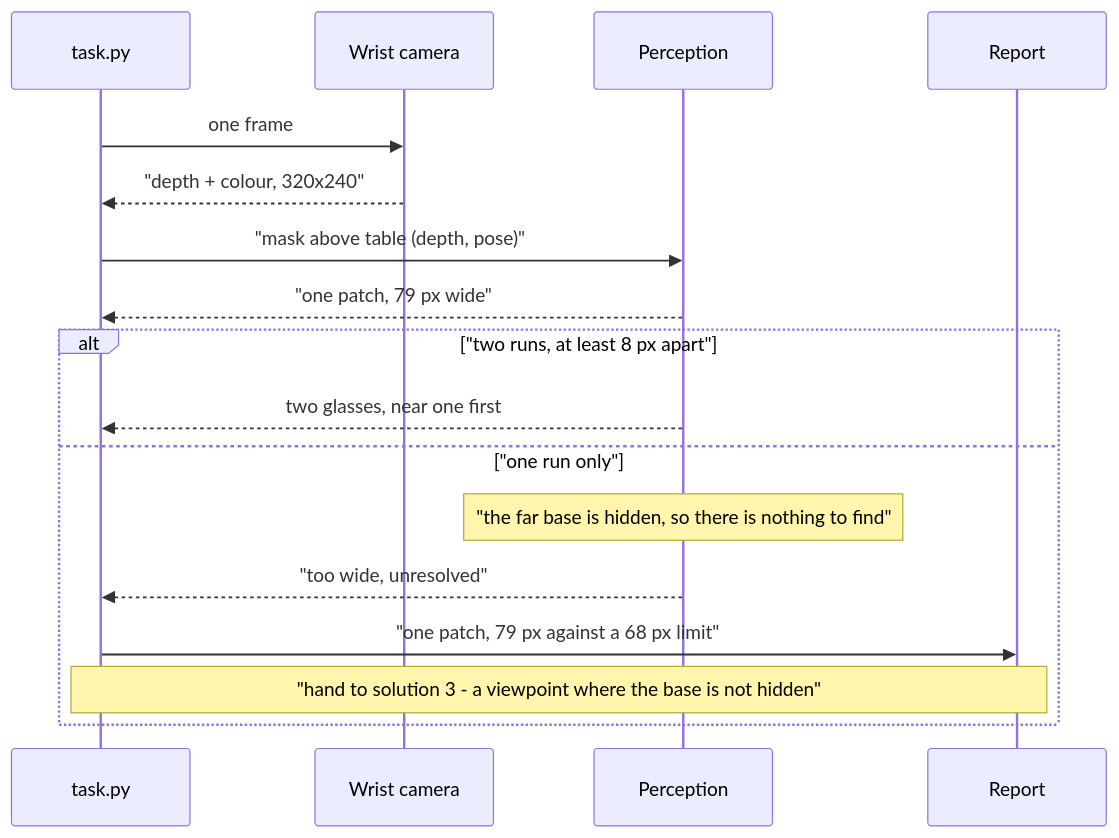
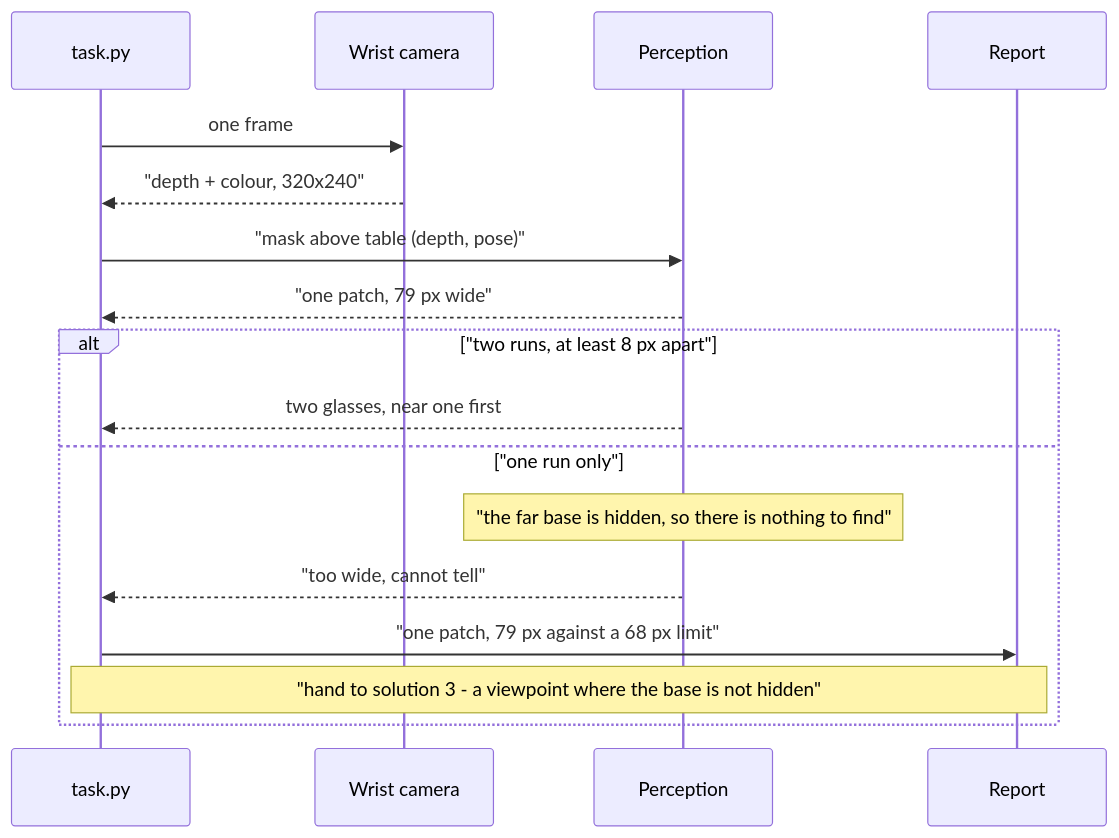
Before and after one commit to RobinNagpal/robot-arm-projects: the second of 3 diagrams in v5-pick-glasses/docs/problem-2/solutions/01-split-the-blob-in-the-picture.md, drawn with Mermaid. The commit also changed other lines of this file and 1 other file, not shown here.

````diff
--- a/v5-pick-glasses/docs/problem-2/solutions/01-split-the-blob-in-the-picture.md
+++ b/v5-pick-glasses/docs/problem-2/solutions/01-split-the-blob-in-the-picture.md
@@ -235,19 +269,19 @@
 ```mermaid
 sequenceDiagram
     participant T as task.py
     participant C as Wrist camera
     participant P as Perception
     participant R as Report
     T->>C: one frame
     C-->>T: "depth + colour, 320x240"
     T->>P: "mask above table (depth, pose)"
     P-->>T: "one patch, 79 px wide"
     alt "two runs, at least 8 px apart"
         P-->>T: two glasses, near one first
     else "one run only"
         Note over P: "the far base is hidden, so there is nothing to find"
-        P-->>T: "too wide, unresolved"
+        P-->>T: "too wide, cannot tell"
         T->>R: "one patch, 79 px against a 68 px limit"
         Note over T,R: "hand to solution 3 - a viewpoint where the base is not hidden"
     end
 ```
````
